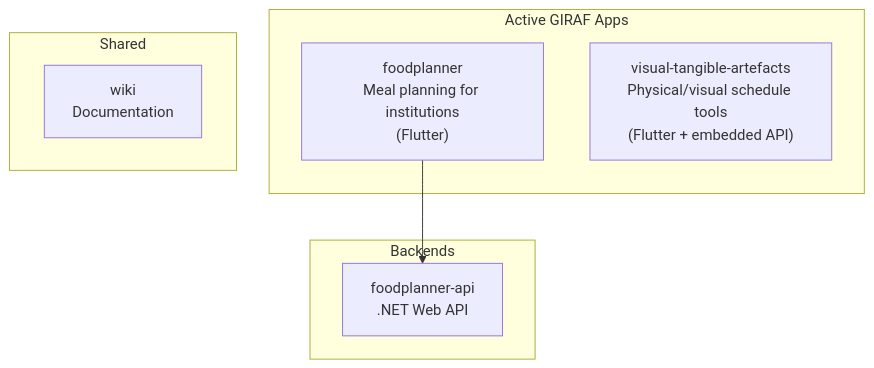
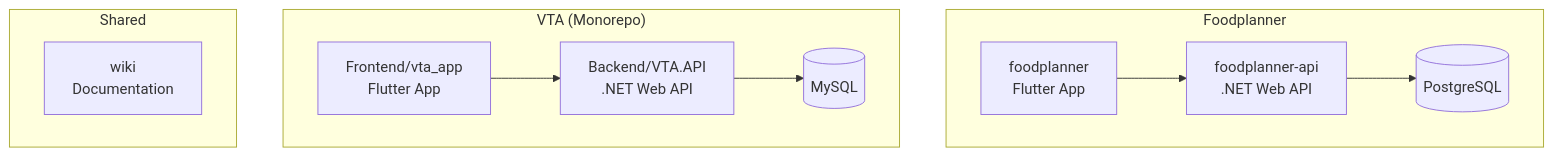
Before and after one commit to aau-giraf/wiki: the first of 5 diagrams in docs/Development/architecture.md, drawn with Mermaid. The commit also changed other lines of this file, not shown here.

Commit message:
Add equal VTA coverage to architecture overview

````diff
--- a/docs/Development/architecture.md
+++ b/docs/Development/architecture.md
@@ -9,17 +9,20 @@
 ```mermaid
 graph TB
-    subgraph "Active GIRAF Apps"
-        FP["foodplanner<br/>Meal planning for institutions<br/>(Flutter)"]
-        VTA["visual-tangible-artefacts<br/>Physical/visual schedule tools<br/>(Flutter + embedded API)"]
+    subgraph "Foodplanner"
+        FP["foodplanner<br/>Flutter App"]
+        FP_API["foodplanner-api<br/>.NET Web API"]
+        FP_DB[(PostgreSQL)]
+        FP --> FP_API --> FP_DB
     end
 
-    subgraph "Backends"
-        FP_API["foodplanner-api<br/>.NET Web API"]
+    subgraph "VTA (Monorepo)"
+        VTA_APP["Frontend/vta_app<br/>Flutter App"]
+        VTA_API["Backend/VTA.API<br/>.NET Web API"]
+        VTA_DB[(MySQL)]
+        VTA_APP --> VTA_API --> VTA_DB
     end
 
     subgraph "Shared"
         WIKI["wiki<br/>Documentation"]
     end
-
-    FP --> FP_API
 ```
````
